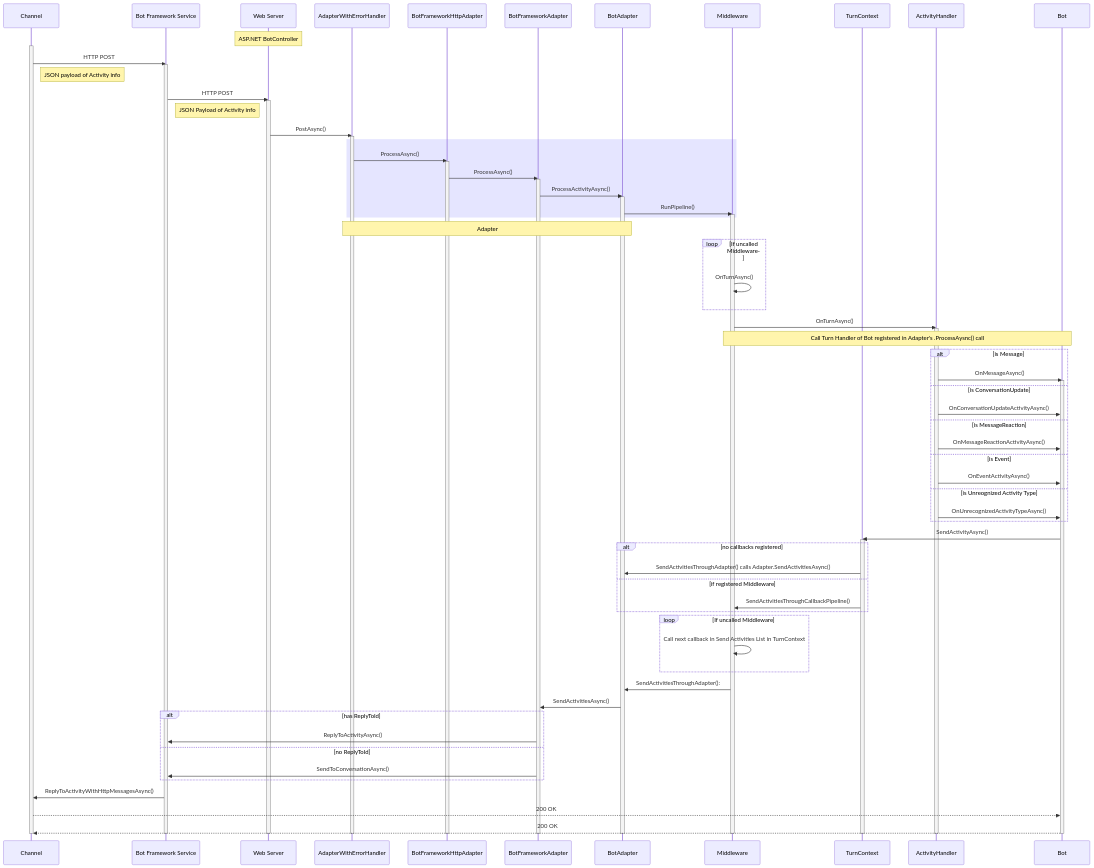
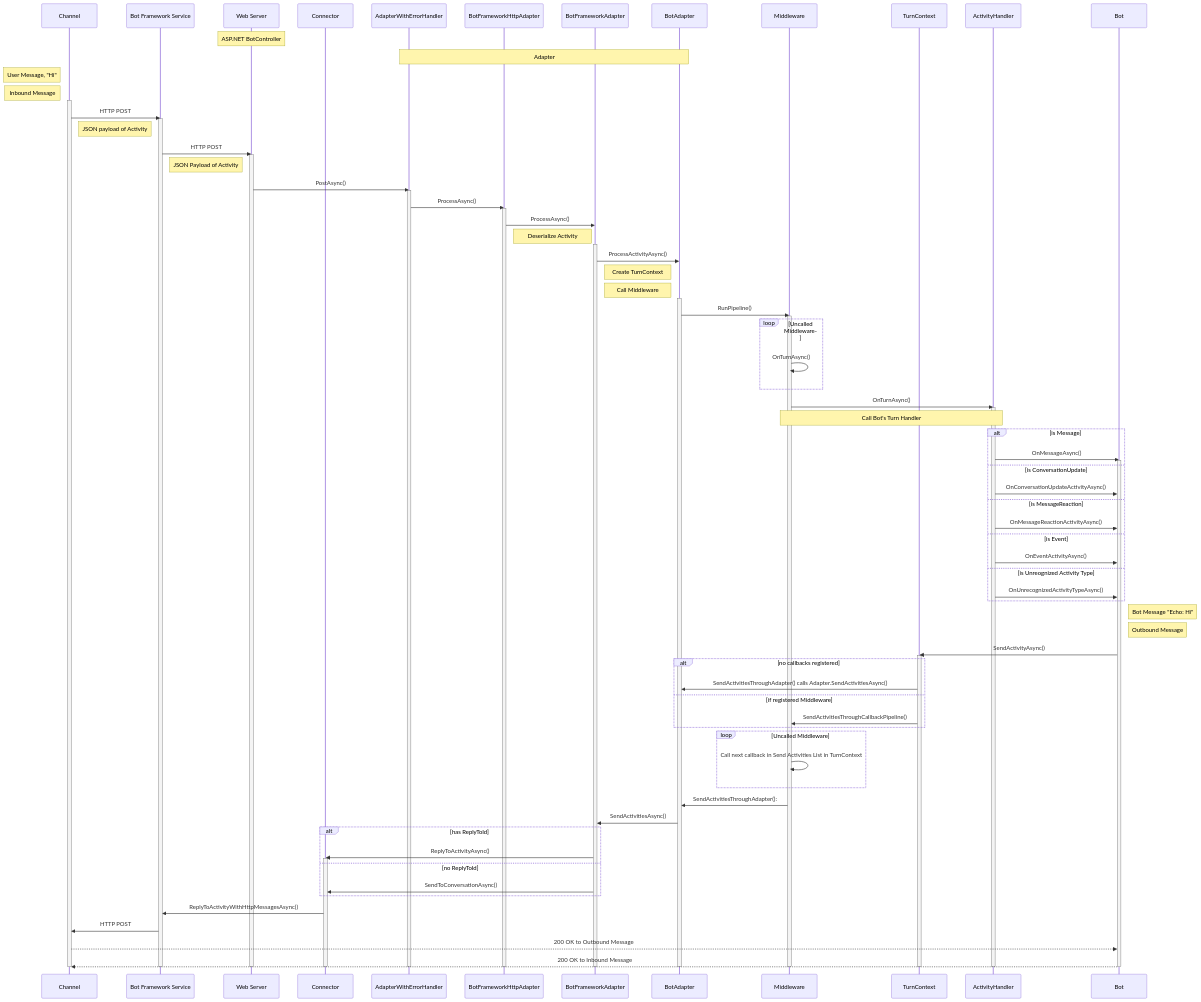
Before and after one commit to Zerryth/Mermaid: the diagram in MarkdownFiles/ActivityFlow/ActivityFlow2.md, drawn with Mermaid. The commit also changed 3 other files, not shown here.

```diff
--- a/MarkdownFiles/ActivityFlow/ActivityFlow2.md
+++ b/MarkdownFiles/ActivityFlow/ActivityFlow2.md
@@ -7,45 +7,49 @@
         participant BFS as Bot Framework Service
         participant WebServer as Web Server
         Note over WebServer: ASP.NET BotController
+        participant Connector
         participant Adapter as AdapterWithErrorHandler
         participant BotFrameworkHttpAdapter
         participant BotFrameworkAdapter
         participant BotAdapter
+        Note over Adapter, BotAdapter: Adapter
         participant Middleware
         participant TurnContext
         participant ActivityHandler
         participant Bot
 
+        Note left of Channel: User Message, "Hi"
+        Note left of Channel: Inbound Message
         activate Channel
-
         Channel ->> BFS: HTTP POST
         activate BFS
-        Note right of Channel: JSON payload of Activity info
+        Note right of Channel: JSON payload of Activity
 
         BFS ->> WebServer: HTTP POST
         activate WebServer
-        Note right of BFS: JSON Payload of Activity info
+        Note right of BFS: JSON Payload of Activity
 
         WebServer ->> Adapter: PostAsync()
         activate Adapter
-        rect rgba(0, 0, 255, .1)
-            Adapter ->> BotFrameworkHttpAdapter: ProcessAsync()
-            activate BotFrameworkHttpAdapter
-            BotFrameworkHttpAdapter ->> BotFrameworkAdapter: ProcessAsync()
-            activate BotFrameworkAdapter
-            BotFrameworkAdapter ->> BotAdapter : ProcessActivityAsync()
-            activate BotAdapter
+        
+        Adapter ->> BotFrameworkHttpAdapter: ProcessAsync()
+        activate BotFrameworkHttpAdapter
+        BotFrameworkHttpAdapter ->> BotFrameworkAdapter: ProcessAsync()
+        Note right of BotFrameworkHttpAdapter: Deserialize Activity
+        activate BotFrameworkAdapter
+        BotFrameworkAdapter ->> BotAdapter : ProcessActivityAsync()
+        Note right of BotFrameworkAdapter: Create TurnContext
+        Note right of BotFrameworkAdapter: Call Middleware
+        activate BotAdapter
             BotAdapter ->> Middleware: RunPipeline()
             activate Middleware
-        end
-        Note over Adapter, BotAdapter: Adapter
-        loop If uncalled Middleware
+        loop Uncalled Middleware
             Middleware ->> Middleware: OnTurnAsync()
         end
 
         Middleware ->> ActivityHandler: OnTurnAsync()
         activate ActivityHandler
-        Note over Middleware, Bot: Call Turn Handler of Bot registered in Adapter's .ProcessAysnc() call
+        Note over Middleware, ActivityHandler: Call Bot's Turn Handler
         alt is Message
                 ActivityHandler ->> Bot: OnMessageAsync()
                 activate Bot
@@ -63,6 +67,8 @@
                 ActivityHandler ->> Bot: OnUnrecognizedActivityTypeAsync()
         end
 
+        Note right of Bot: Bot Message "Echo: Hi"
+        Note right of Bot: Outbound Message
         Bot ->> TurnContext: SendActivityAsync()
         activate TurnContext
 
@@ -72,22 +78,25 @@
                 TurnContext ->> Middleware: SendActivitiesThroughCallbackPipeline()
         end
 
-        loop If uncalled Middleware
+        loop Uncalled Middleware
             Middleware ->> Middleware: Call next callback in Send Activities List in TurnContext
         end
 
         Middleware ->> BotAdapter: SendActivitiesThroughAdapter(): 
         BotAdapter ->> BotFrameworkAdapter: SendActivitiesAsync()
         alt has ReplyToId
-            BotFrameworkAdapter ->> BFS: ReplyToActivityAsync() 
+            BotFrameworkAdapter ->> Connector: ReplyToActivityAsync() 
+            activate Connector
         else no ReplyToId
-            BotFrameworkAdapter ->> BFS: SendToConversationAsync()
+            BotFrameworkAdapter ->> Connector: SendToConversationAsync()
         end
 
-        BFS ->> Channel: ReplyToActivityWithHttpMessagesAsync()
+        Connector ->> BFS: ReplyToActivityWithHttpMessagesAsync()
 
-        Channel -->> Bot: 200 OK
-        Bot -->> Channel: 200 OK
+        BFS ->> Channel: HTTP POST
+
+        Channel -->> Bot: 200 OK to Outbound Message
+        Bot -->> Channel: 200 OK to Inbound Message
 
         deactivate TurnContext
         deactivate Bot
@@ -98,6 +107,7 @@
         deactivate BotFrameworkHttpAdapter
         deactivate Adapter
         deactivate WebServer
+        deactivate Connector
         deactivate BFS
         deactivate Channel
         
```
